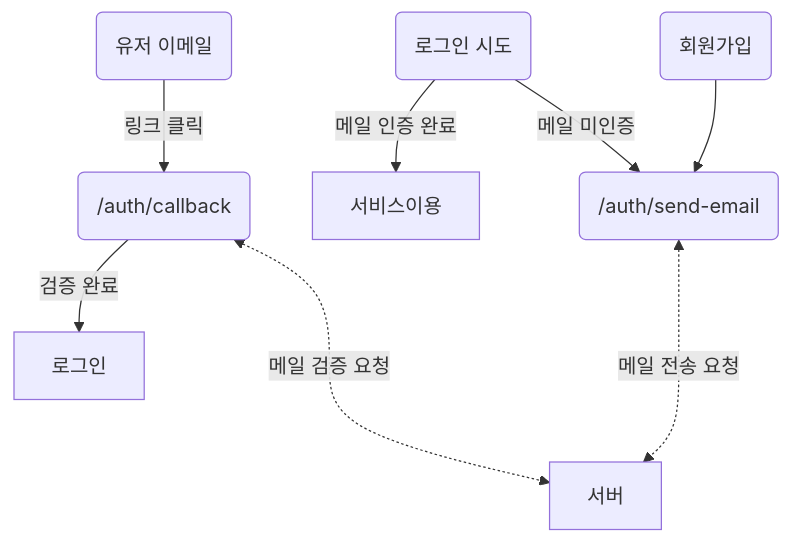
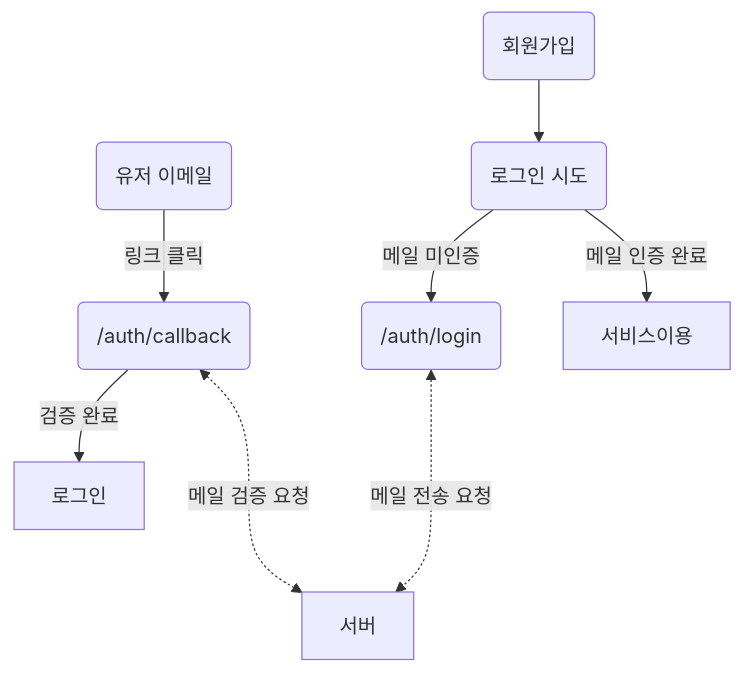
Before and after one commit to 42Seoul-Tea42/frontend: the fourth of 4 diagrams in app/auth/README.userflow.md, drawn with Mermaid. The commit also changed other lines of this file and 5 other files, not shown here.

````diff
--- a/app/auth/README.userflow.md
+++ b/app/auth/README.userflow.md
@@ -52,21 +52,21 @@
 ```mermaid
 
 graph TD
 
 email(유저 이메일)
 login(로그인 시도)
 signup(회원가입)
-send(/auth/send-email)
+send(/auth/login)
 callback(/auth/callback)
 
 login -- 메일 인증 완료 --> 서비스이용
 login -- 메일 미인증 --> send
 
 email -- 링크 클릭 --> callback
-signup --> send
+signup --> login
 
 callback -- 검증 완료 --> 로그인
 callback <-. 메일 검증 요청 ..-> 서버
 send <-. 메일 전송 요청 ..-> 서버
 
 ```
````
